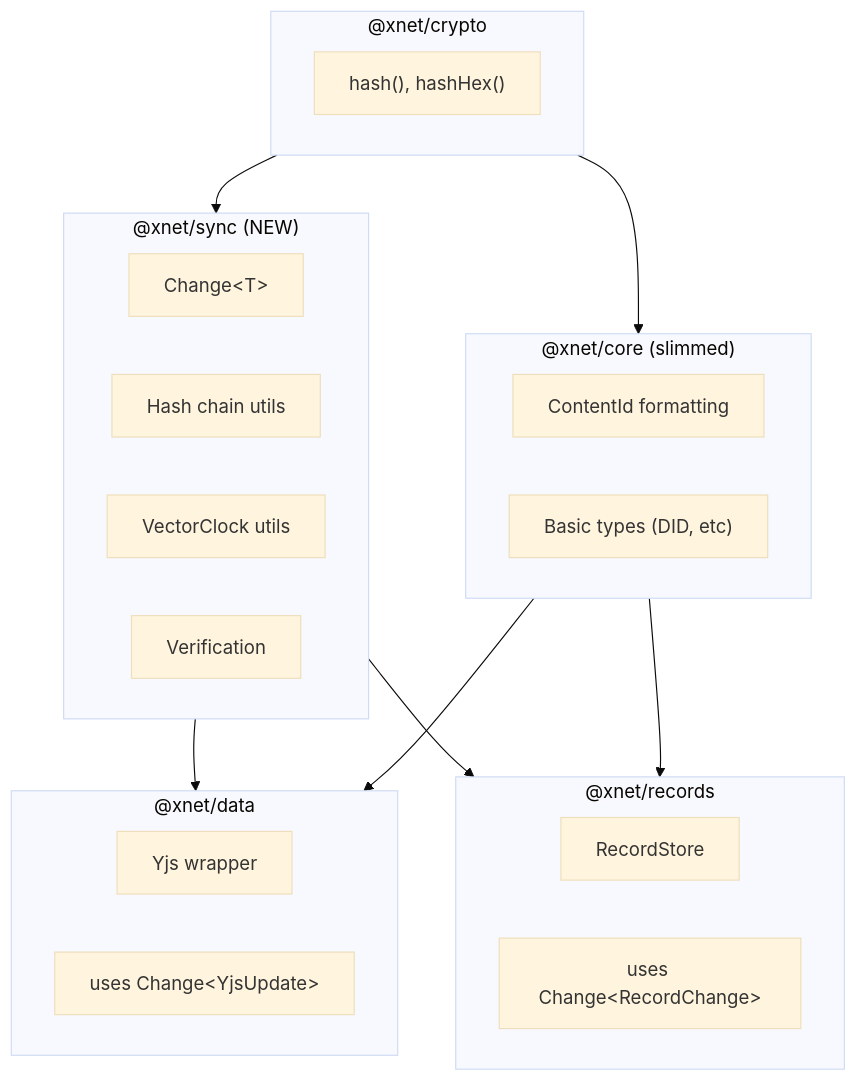
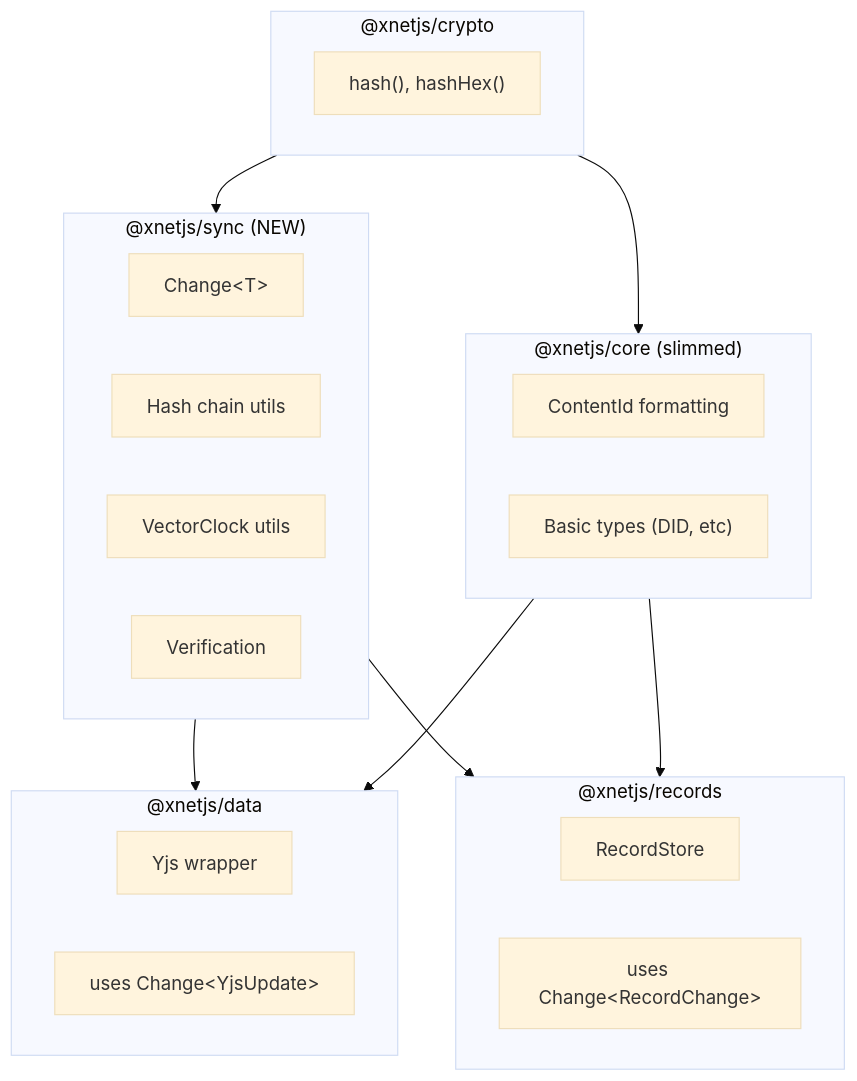
The third of 4 diagrams in docs/plans/plan02_1DataModelConsolidation/00-overview.md (crs48/xNet), drawn with Mermaid (base theme) before and after one commit. The commit also changed other lines of this file and 980 other files, not shown here.

````diff
--- a/docs/plans/plan02_1DataModelConsolidation/00-overview.md
+++ b/docs/plans/plan02_1DataModelConsolidation/00-overview.md
@@ -134,35 +134,35 @@
 ```mermaid
 flowchart TD
-    subgraph sync["@xnet/sync (NEW)"]
+    subgraph sync["@xnetjs/sync (NEW)"]
         OP["Change&lt;T&gt;"]
         CHAIN["Hash chain utils"]
         CLOCK["VectorClock utils"]
         VERIFY["Verification"]
     end
 
-    subgraph crypto["@xnet/crypto"]
+    subgraph crypto["@xnetjs/crypto"]
         HASH["hash(), hashHex()"]
     end
 
-    subgraph core["@xnet/core (slimmed)"]
+    subgraph core["@xnetjs/core (slimmed)"]
         CID["ContentId formatting"]
         TYPES["Basic types (DID, etc)"]
     end
 
-    subgraph data["@xnet/data"]
+    subgraph data["@xnetjs/data"]
         YJS["Yjs wrapper"]
         YOPS["uses Change&lt;YjsUpdate&gt;"]
     end
 
-    subgraph records["@xnet/records"]
+    subgraph records["@xnetjs/records"]
         STORE["RecordStore"]
         ROPS["uses Change&lt;RecordChange&gt;"]
     end
 
     crypto --> sync
     crypto --> core
     sync --> data
     sync --> records
     core --> data
     core --> records
 ```
````
